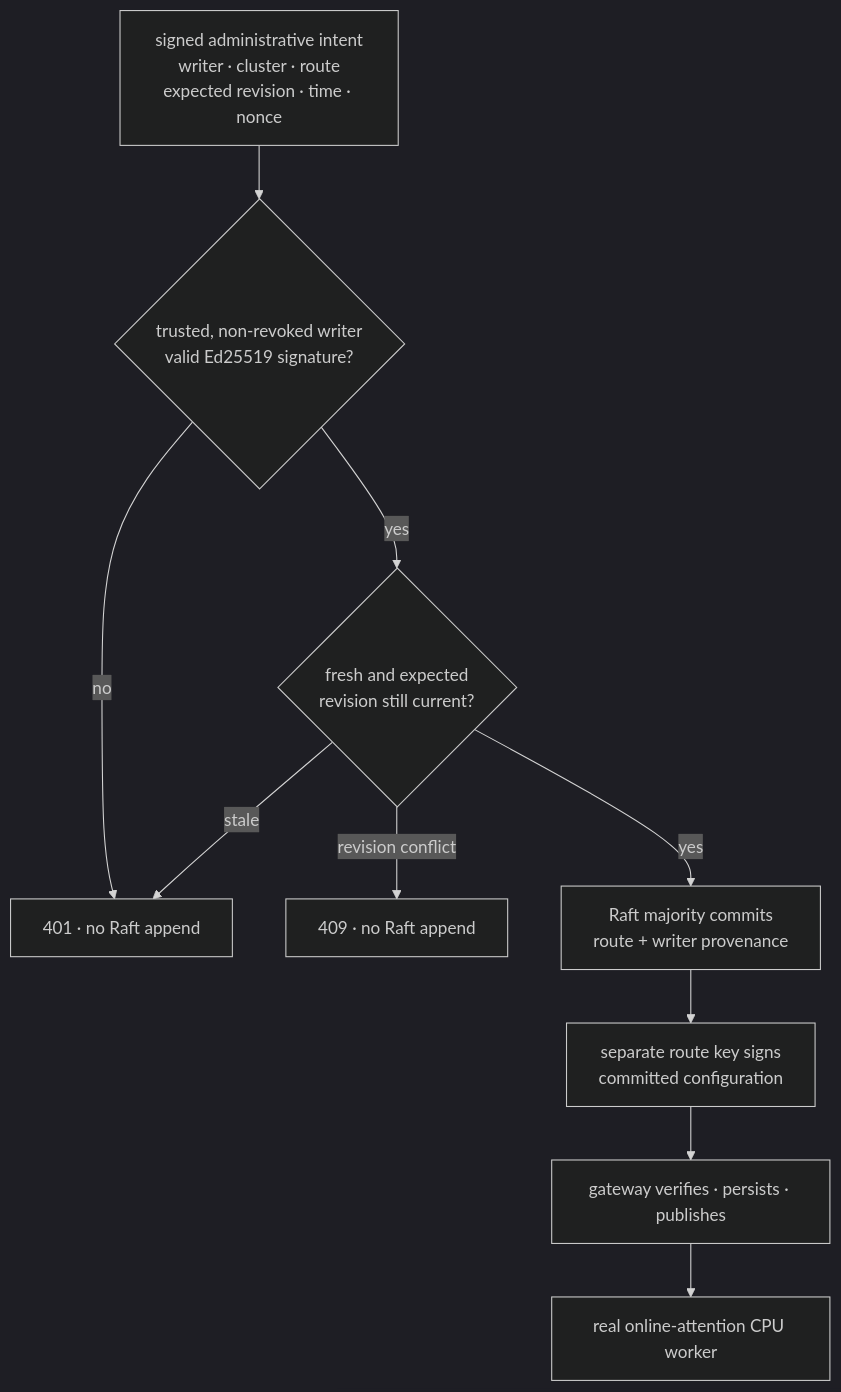
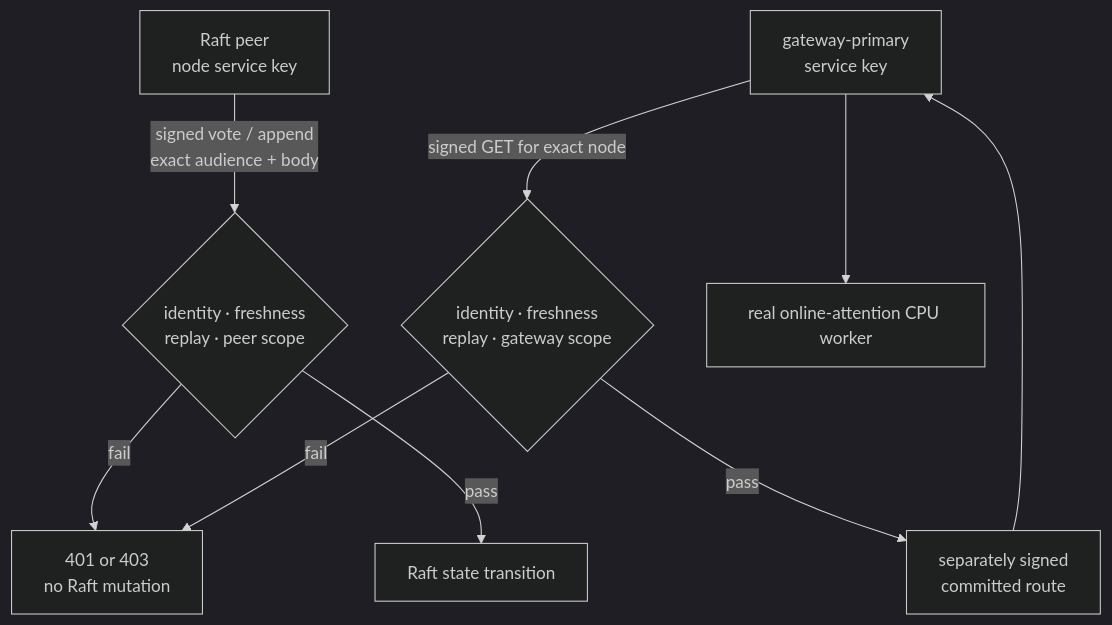
One commit to conan505/inferLab changed the diagram in README.md. Above: the diagram before and after it, drawn with Mermaid (dark theme). The commit also changed other lines of this file and 45 other files, not shown here.

````diff
--- a/README.md
+++ b/README.md
@@ -14,12 +14,11 @@
 ```mermaid
 flowchart TD
-    I["signed administrative intent<br/>writer · cluster · route<br/>expected revision · time · nonce"] --> V{"trusted, non-revoked writer<br/>valid Ed25519 signature?"}
-    V -->|"no"| R401["401 · no Raft append"]
-    V -->|"yes"| F{"fresh and expected<br/>revision still current?"}
-    F -->|"stale"| R401
-    F -->|"revision conflict"| R409["409 · no Raft append"]
-    F -->|"yes"| R["Raft majority commits<br/>route + writer provenance"]
-    R --> S["separate route key signs<br/>committed configuration"]
-    S --> G["gateway verifies · persists · publishes"]
-    G --> W["real online-attention CPU worker"]
+    Peer["Raft peer<br/>node service key"] -->|"signed vote / append<br/>exact audience + body"| Gate{"identity · freshness<br/>replay · peer scope"}
+    Gate -->|"fail"| R["401 or 403<br/>no Raft mutation"]
+    Gate -->|"pass"| Raft["Raft state transition"]
+    Gateway["gateway-primary<br/>service key"] -->|"signed GET for exact node"| Read{"identity · freshness<br/>replay · gateway scope"}
+    Read -->|"fail"| R
+    Read -->|"pass"| Route["separately signed<br/>committed route"]
+    Route --> Gateway
+    Gateway --> Worker["real online-attention CPU worker"]
 ```
````
